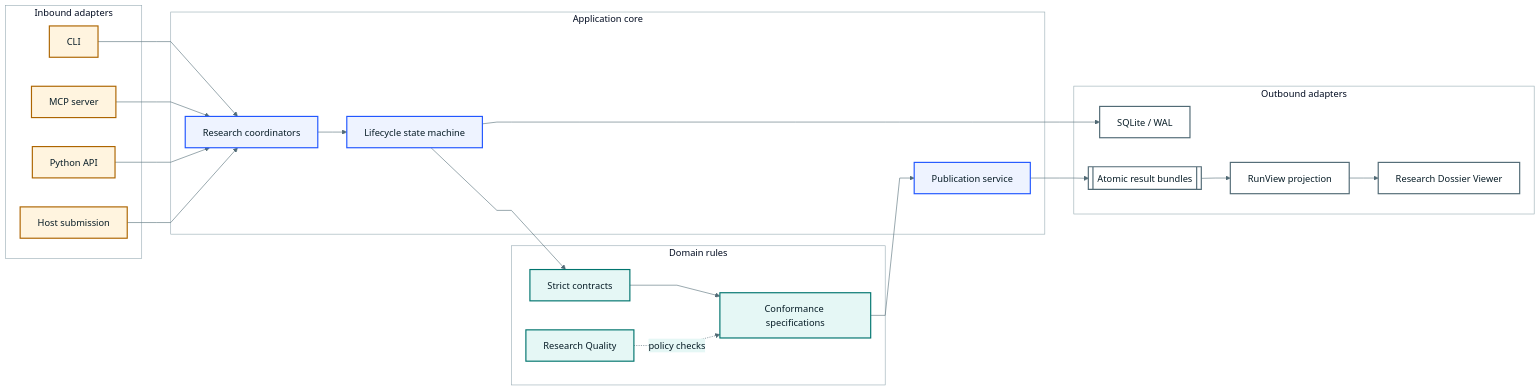
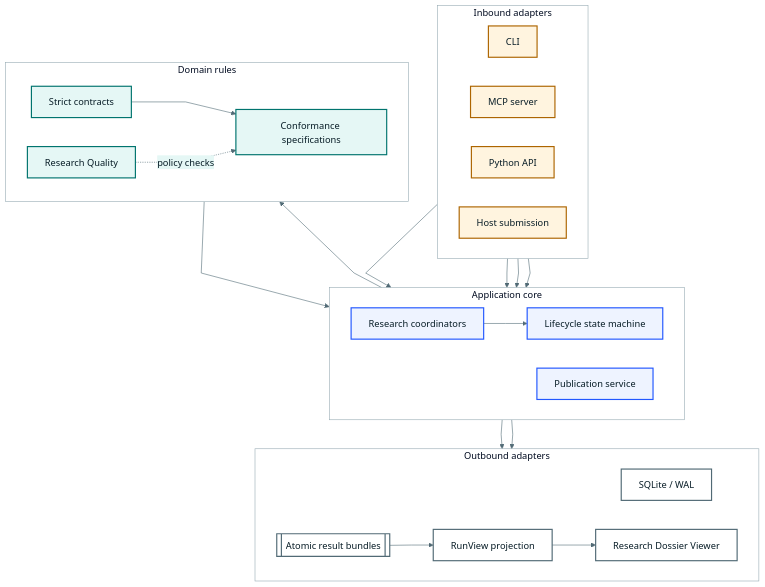
One commit to harshitagarwal2/StockResearchAgents changed the diagram in docs/diagrams/portable-components.mmd. Above: the diagram before and after it, drawn with Mermaid. The commit also changed 30 other files, not shown here.

Commit message:
docs: improve architecture diagrams for GitHub

```diff
--- a/docs/diagrams/portable-components.mmd
+++ b/docs/diagrams/portable-components.mmd
@@ -1,53 +1,57 @@
-%%{init: {"theme":"base","themeVariables":{"fontFamily":"Avenir Next, Segoe UI, sans-serif","primaryColor":"#eef3ff","primaryTextColor":"#071c26","primaryBorderColor":"#2257ff","lineColor":"#516a75","secondaryColor":"#e5f7f5","tertiaryColor":"#fff4df","background":"#f5f8f9","clusterBkg":"#ffffff","clusterBorder":"#96aab2"},"flowchart":{"curve":"linear","htmlLabels":true}}}%%
-flowchart LR
+%%{init: {"theme":"base","fontFamily":"Avenir Next, Segoe UI, sans-serif","themeVariables":{"fontFamily":"Avenir Next, Segoe UI, sans-serif","primaryColor":"#eef3ff","primaryTextColor":"#071c26","primaryBorderColor":"#2257ff","lineColor":"#516a75","secondaryColor":"#e5f7f5","tertiaryColor":"#fff4df","background":"#f5f8f9","clusterBkg":"#ffffff","clusterBorder":"#96aab2"},"flowchart":{"curve":"linear","htmlLabels":true}}}%%
+flowchart TB
   accTitle: StockResearchAgents component architecture
   accDescr: Inbound adapters call application coordinators. Strict domain contracts and specifications validate work. Outbound adapters persist completed state and present read-only projections.
 
   subgraph I["Inbound adapters"]
+    direction LR
     CLI["CLI"]
     MCP["MCP server"]
     PY["Python API"]
     HOST["Host submission"]
   end
 
   subgraph A["Application core"]
+    direction LR
     COORD["Research coordinators"]
     LIFE["Lifecycle state machine"]
     PUB["Publication service"]
   end
 
   subgraph D["Domain rules"]
+    direction LR
     CONTRACT["Strict contracts"]
     SPEC["Conformance specifications"]
     QUALITY["Research Quality"]
   end
 
   subgraph O["Outbound adapters"]
+    direction LR
     STORE["SQLite / WAL"]
     BUNDLE[["Atomic result bundles"]]
     VIEW["RunView projection"]
     UI["Research Dossier Viewer"]
   end
 
   CLI --> COORD
   MCP --> COORD
   PY --> COORD
   HOST --> COORD
   COORD --> LIFE
   LIFE --> CONTRACT
   CONTRACT --> SPEC
   QUALITY -. policy checks .-> SPEC
   SPEC --> PUB
   LIFE --> STORE
   PUB --> BUNDLE
   BUNDLE --> VIEW
   VIEW --> UI
 
   classDef inbound fill:#fff4df,stroke:#ad6500,color:#071c26,stroke-width:2px;
   classDef app fill:#eef3ff,stroke:#2257ff,color:#071c26,stroke-width:2px;
   classDef domain fill:#e5f7f5,stroke:#00746e,color:#071c26,stroke-width:2px;
   classDef out fill:#ffffff,stroke:#516a75,color:#071c26,stroke-width:2px;
   class CLI,MCP,PY,HOST inbound;
   class COORD,LIFE,PUB app;
   class CONTRACT,SPEC,QUALITY domain;
   class STORE,BUNDLE,VIEW,UI out;
```
